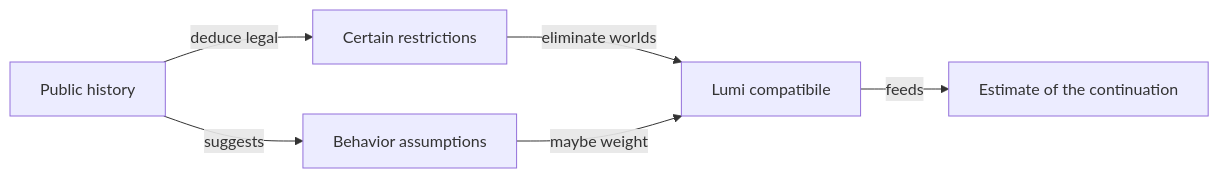
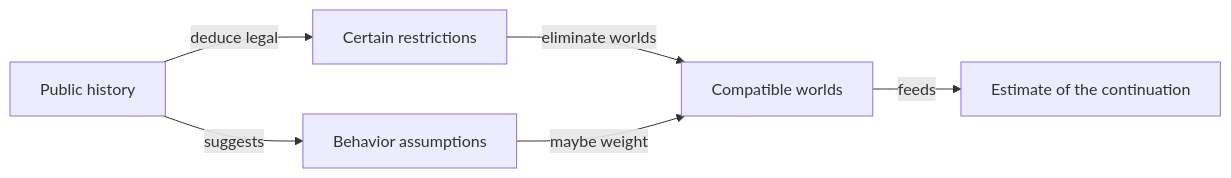
The second of 2 diagrams in docs/ai/README.md (crististefanita/atf_j4), drawn with Mermaid before and after one commit. The commit also changed other lines of this file and 126 other files, not shown here.

````diff
--- a/docs/ai/README.md
+++ b/docs/ai/README.md
@@ -65,8 +65,8 @@
 ```mermaid
 flowchart LR
     PUBLIC[Public history] -->|deduce legal| VOID[Certain restrictions]
     PUBLIC -->|suggests| MODEL[Behavior assumptions]
-    VOID -->|eliminate worlds| WORLDS[Lumi compatibile]
+    VOID -->|eliminate worlds| WORLDS[Compatible worlds]
     MODEL -->|maybe weight| WORLDS
     WORLDS -->|feeds| PLAN[Estimate of the continuation]
 ```
````
